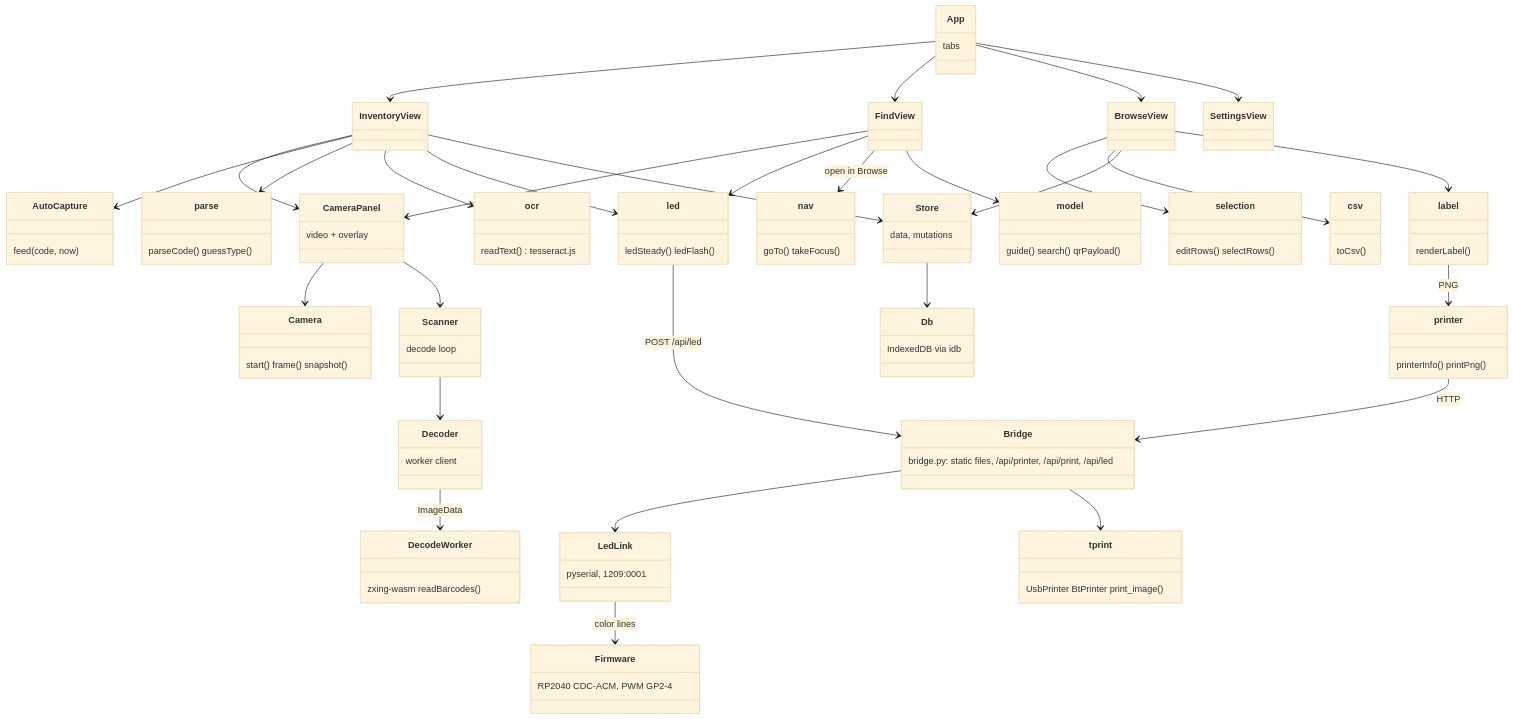
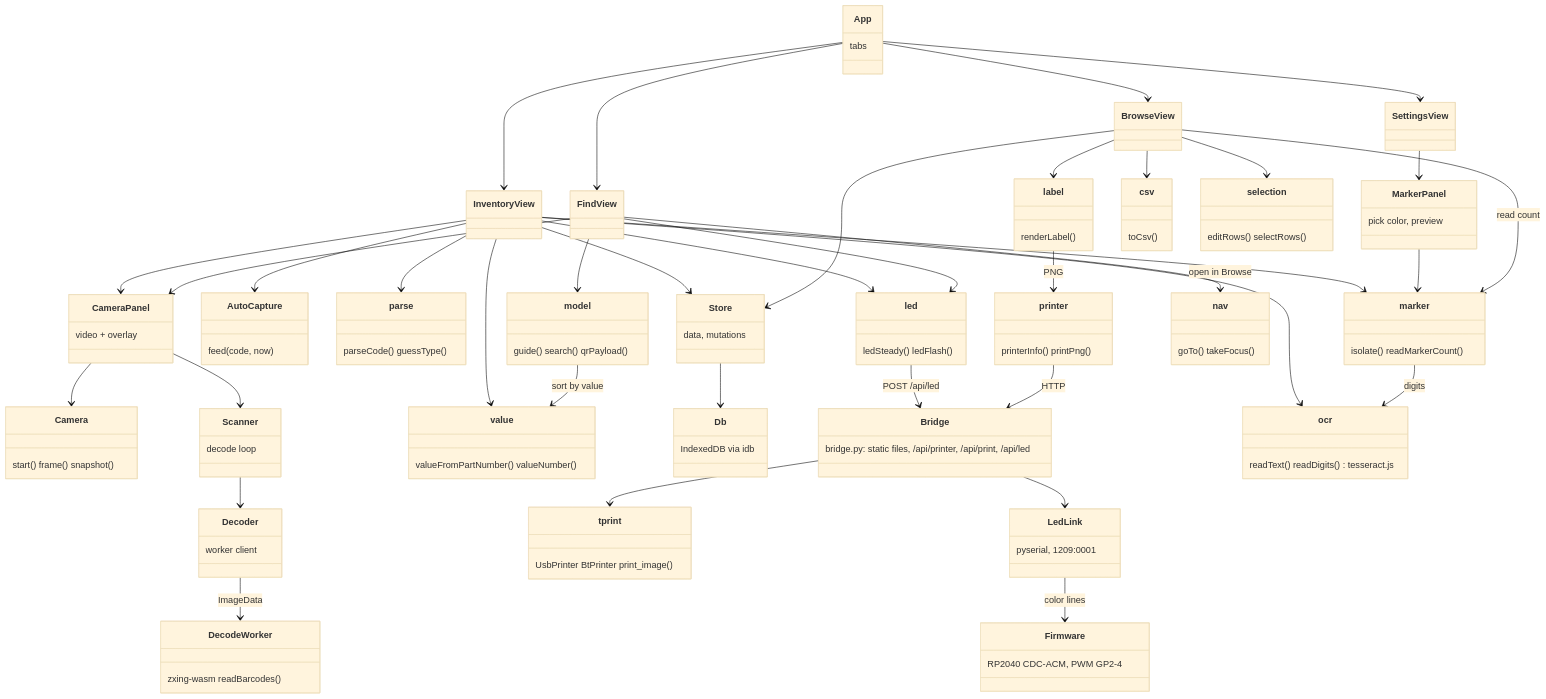
One commit to tmpk13/qr-sort-eparts changed the diagram in README.md. Above: the diagram before and after it, drawn with Mermaid (base theme). The commit also changed other lines of this file and 24 other files, not shown here.

````diff
--- a/README.md
+++ b/README.md
@@ -66,58 +70,68 @@
 ```mermaid
 classDiagram
     class App { tabs }
     class InventoryView
     class FindView
     class BrowseView
     class SettingsView
     class CameraPanel { video + overlay }
     class Camera { start() frame() snapshot() }
     class Scanner { decode loop }
     class Decoder { worker client }
     class DecodeWorker { zxing-wasm readBarcodes() }
     class AutoCapture { feed(code, now) }
     class parse { parseCode() guessType() }
+    class value { valueFromPartNumber() valueNumber() }
+    class marker { isolate() readMarkerCount() }
+    class MarkerPanel { pick color, preview }
     class model { guide() search() qrPayload() }
     class Store { data, mutations }
     class Db { IndexedDB via idb }
     class label { renderLabel() }
     class printer { printerInfo() printPng() }
     class Bridge { bridge.py: static files, /api/printer, /api/print, /api/led }
     class tprint { UsbPrinter BtPrinter print_image() }
-    class ocr { readText() tesseract.js }
+    class ocr { readText() readDigits() tesseract.js }
     class led { ledSteady() ledFlash() }
     class LedLink { pyserial, 1209:0001 }
     class Firmware { RP2040 CDC-ACM, PWM GP2-4 }
     class csv { toCsv() }
     class selection { editRows() selectRows() }
     class nav { goTo() takeFocus() }
     App --> InventoryView
     App --> FindView
     App --> BrowseView
     App --> SettingsView
     InventoryView --> CameraPanel
     FindView --> CameraPanel
     InventoryView --> AutoCapture
     InventoryView --> parse
     InventoryView --> ocr
+    InventoryView --> marker
+    InventoryView --> value
+    SettingsView --> MarkerPanel
+    MarkerPanel --> marker
+    BrowseView --> marker : read count
+    marker --> ocr : digits
+    model --> value : sort by value
     InventoryView --> led
     FindView --> led
     FindView --> nav : open in Browse
     BrowseView --> selection
     BrowseView --> csv
     led --> Bridge : POST /api/led
     Bridge --> LedLink
     LedLink --> Firmware : color lines
     FindView --> model
     CameraPanel --> Camera
     CameraPanel --> Scanner
     Scanner --> Decoder
     Decoder --> DecodeWorker : ImageData
     InventoryView --> Store
     BrowseView --> Store
     Store --> Db
     BrowseView --> label
     label --> printer : PNG
     printer --> Bridge : HTTP
     Bridge --> tprint
 ```
````
